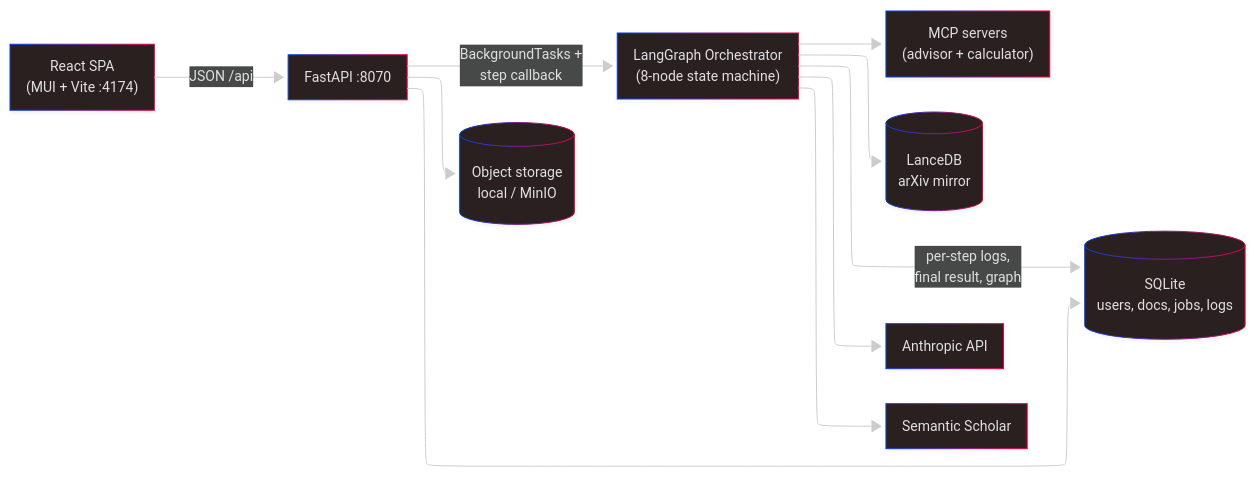
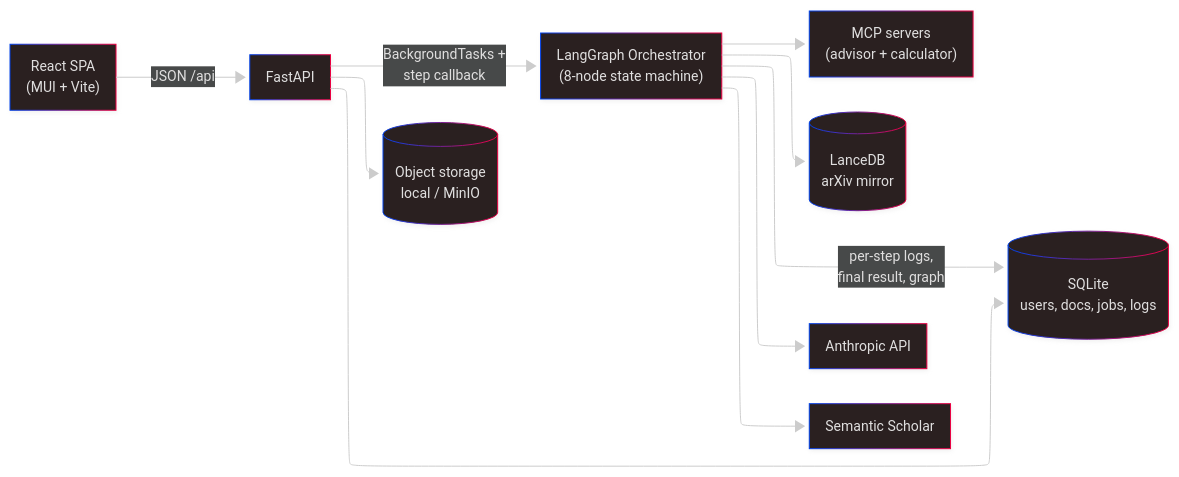
The first of 9 diagrams in docs/ARCHITECTURE.md (ergolabsai/research_agent), drawn with Mermaid before and after one commit. The commit also changed other lines of this file and 2 other files, not shown here.

Commit message:
updated architecture before building the manifest

````diff
--- a/docs/ARCHITECTURE.md
+++ b/docs/ARCHITECTURE.md
@@ -11,28 +25,28 @@
 ```mermaid
 ---
 config:
   theme: neo-dark
   look: neo
   layout: elk
 ---
 flowchart LR
-    Browser["React SPA<br/>(MUI + Vite :4174)"]
-    API["FastAPI :8070"]
+    Browser["React SPA<br/>(MUI + Vite)"]
+    API["FastAPI"]
     Pipeline["LangGraph Orchestrator<br/>(8-node state machine)"]
     MCP["MCP servers<br/>(advisor + calculator)"]
     SQLite[("SQLite<br/>users, docs, jobs, logs")]
     Lance[("LanceDB<br/>arXiv mirror")]
     Files[("Object storage<br/>local / MinIO")]
     Claude["Anthropic API"]
     SS["Semantic Scholar"]
 
     Browser -->|"JSON /api"| API
     API --> SQLite
     API --> Files
     API -->|"BackgroundTasks +<br/>step callback"| Pipeline
     Pipeline --> MCP
     Pipeline --> Claude
     Pipeline --> Lance
     Pipeline --> SS
     Pipeline -->|"per-step logs,<br/>final result, graph"| SQLite
 ```
````
